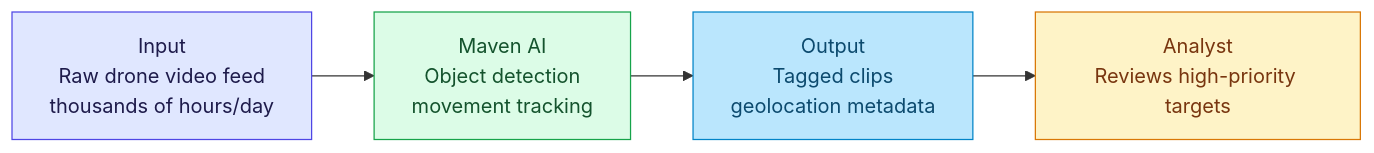
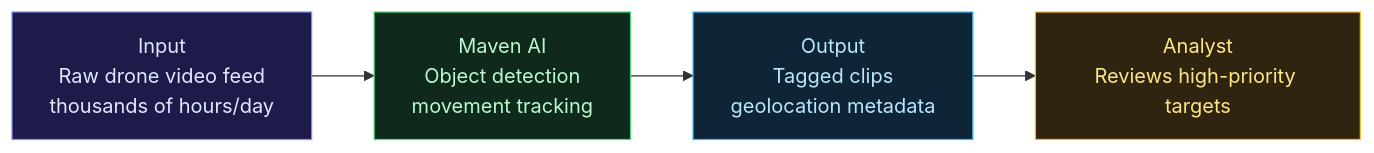
One commit to arifbazli/malay-tech-journal changed the first of 3 diagrams in src/content/posts/en/mad-01-battlefield.md. Above: the diagram before and after it, drawn with Mermaid. The commit also changed other lines of this file and 16 other files, not shown here.

First line of the commit message:
fix(mermaid): fix light-theme colors and rendering bugs across all diagrams

````diff
--- a/src/content/posts/en/mad-01-battlefield.md
+++ b/src/content/posts/en/mad-01-battlefield.md
@@ -42,12 +41,12 @@
 ```mermaid
 flowchart LR
   I["Input<br/>Raw drone video feed<br/>thousands of hours/day"]:::input
   M["Maven AI<br/>Object detection<br/>movement tracking"]:::process
   O["Output<br/>Tagged clips<br/>geolocation metadata"]:::output
   A["Analyst<br/>Reviews high-priority targets"]:::human
   I --> M --> O --> A
-  classDef input fill:#e0e7ff,stroke:#4f46e5,color:#1e1b4b
-  classDef process fill:#dcfce7,stroke:#16a34a,color:#14532d
-  classDef output fill:#bae6fd,stroke:#0284c7,color:#0c4a6e
-  classDef human fill:#fef3c7,stroke:#d97706,color:#78350f
+  classDef input fill:#1e1b4b,stroke:#818cf8,color:#e0e7ff
+  classDef process fill:#0f2a1c,stroke:#4ade80,color:#bbf7d0
+  classDef output fill:#0f2436,stroke:#38bdf8,color:#bae6fd
+  classDef human fill:#2e2410,stroke:#fbbf24,color:#fde68a
 ```
````
